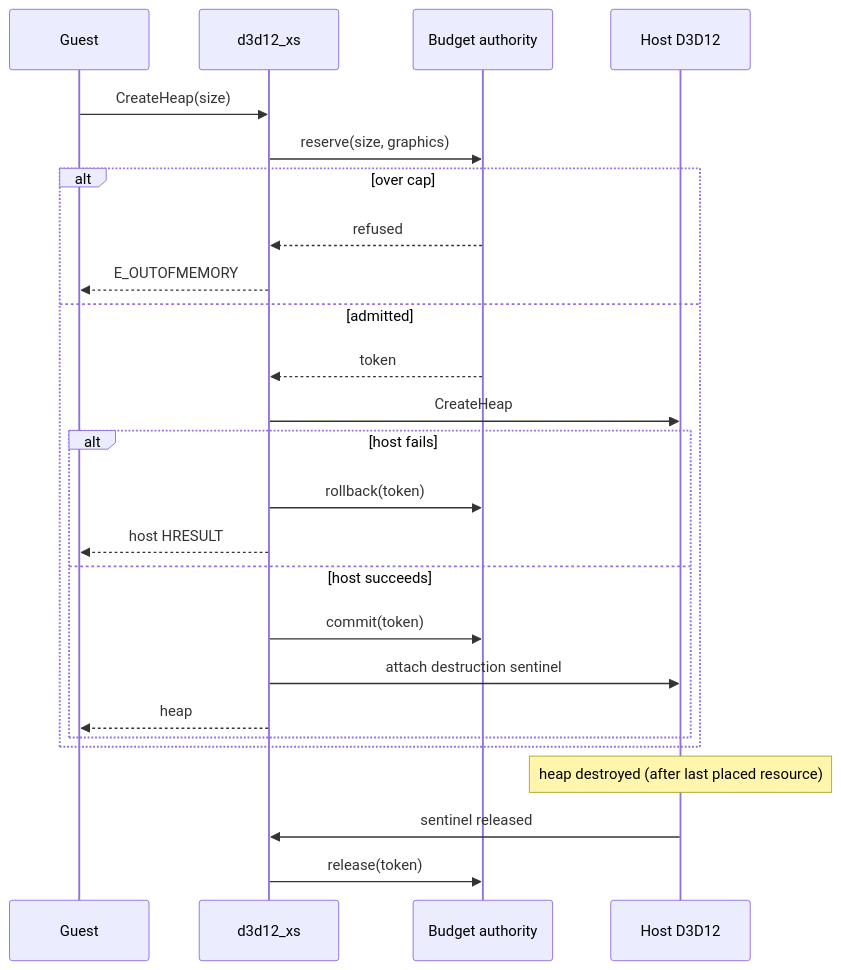
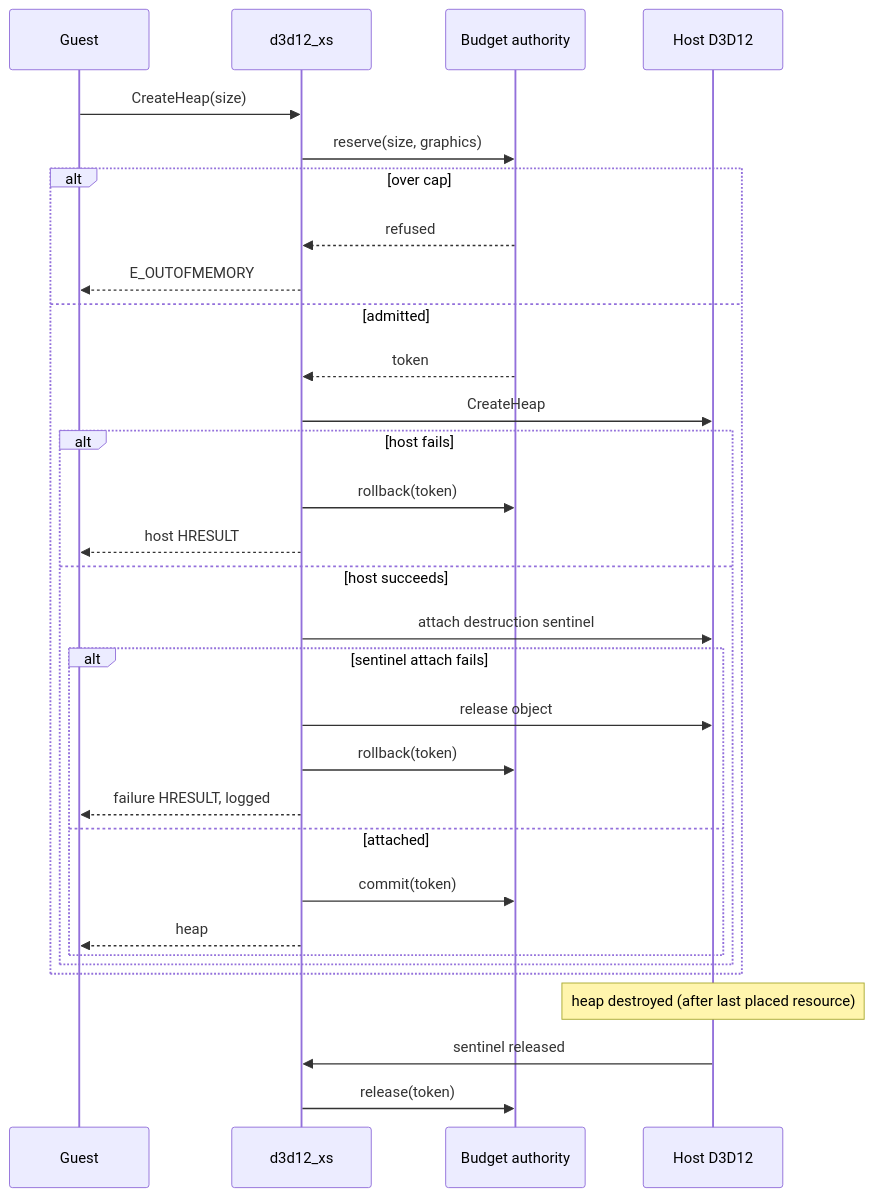
Before and after one commit to MacosPorters/betterxen: the second of 3 diagrams in docs/architecture/proposals/001-unified-memory/proposed-memory-architecture.md, drawn with Mermaid. The commit also changed other lines of this file and 15 other files, not shown here.

First line of the commit message:
docs: correct and tighten the memory architecture draft (#473)

````diff
--- a/docs/architecture/proposals/001-unified-memory/proposed-memory-architecture.md
+++ b/docs/architecture/proposals/001-unified-memory/proposed-memory-architecture.md
@@ -41,27 +46,33 @@
 ```mermaid
 sequenceDiagram
   participant G as Guest
   participant D as d3d12_xs
   participant A as Budget authority
   participant H as Host D3D12
   G->>D: CreateHeap(size)
   D->>A: reserve(size, graphics)
   alt over cap
     A-->>D: refused
     D-->>G: E_OUTOFMEMORY
   else admitted
     A-->>D: token
     D->>H: CreateHeap
     alt host fails
       D->>A: rollback(token)
       D-->>G: host HRESULT
     else host succeeds
-      D->>A: commit(token)
       D->>H: attach destruction sentinel
-      D-->>G: heap
+      alt sentinel attach fails
+        D->>H: release object
+        D->>A: rollback(token)
+        D-->>G: failure HRESULT, logged
+      else attached
+        D->>A: commit(token)
+        D-->>G: heap
+      end
     end
   end
   Note over H: heap destroyed (after last placed resource)
   H->>D: sentinel released
   D->>A: release(token)
 ```
````
